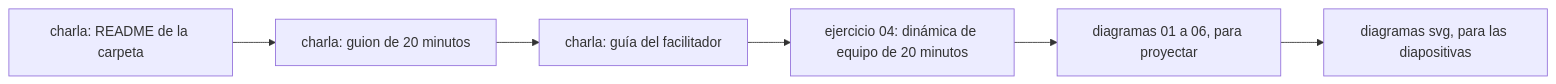
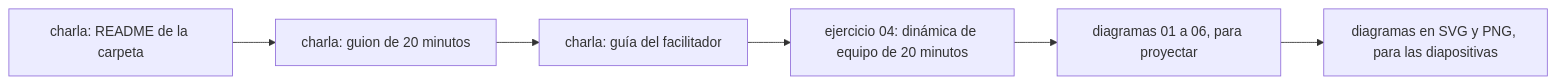
Before and after one commit to antroc/charla-sdd: the sixth of 6 diagrams in diagramas/06-mapa-del-repositorio.md, drawn with Mermaid. The commit also changed other lines of this file and 21 other files, not shown here.

````diff
--- a/diagramas/06-mapa-del-repositorio.md
+++ b/diagramas/06-mapa-del-repositorio.md
@@ -140,8 +140,8 @@
 ```mermaid
 flowchart LR
   a["charla: README de la carpeta"] --> b["charla: guion de 20 minutos"]
   b --> c["charla: guía del facilitador"]
   c --> d["ejercicio 04: dinámica de equipo de 20 minutos"]
   d --> e["diagramas 01 a 06, para proyectar"]
-  e --> f["diagramas svg, para las diapositivas"]
+  e --> f["diagramas en SVG y PNG, para las diapositivas"]
 ```
````
